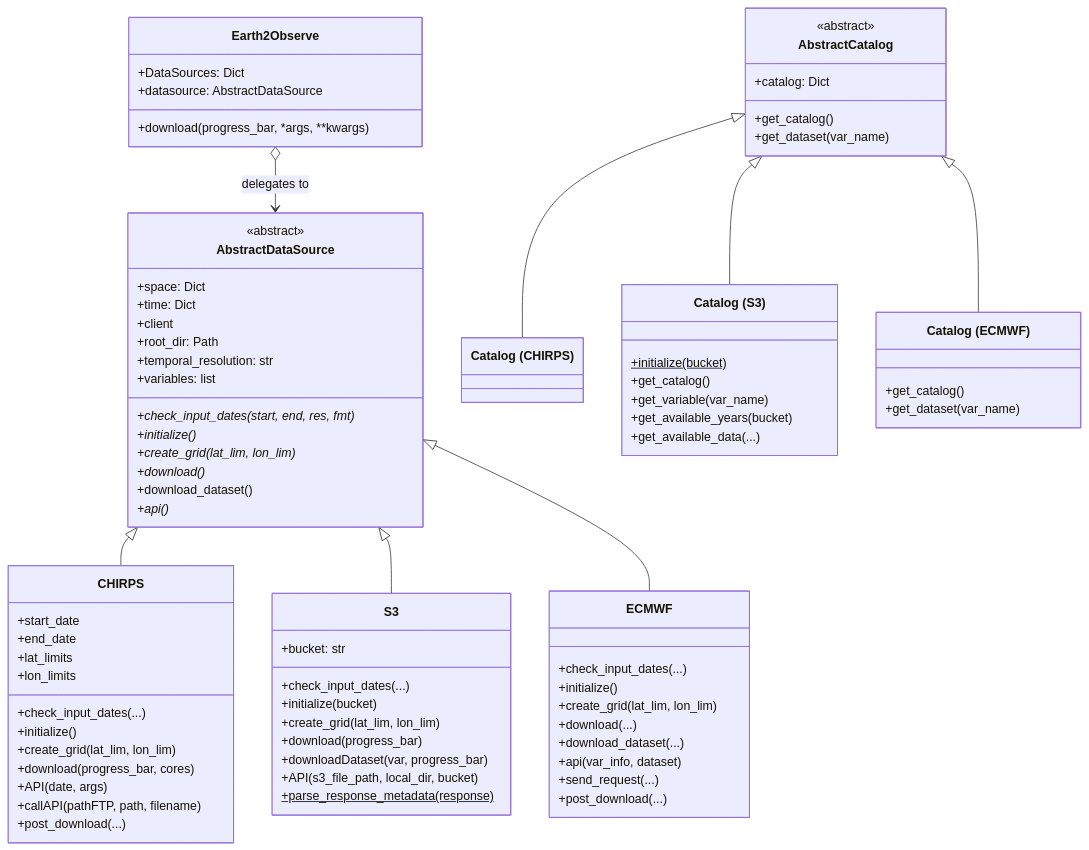
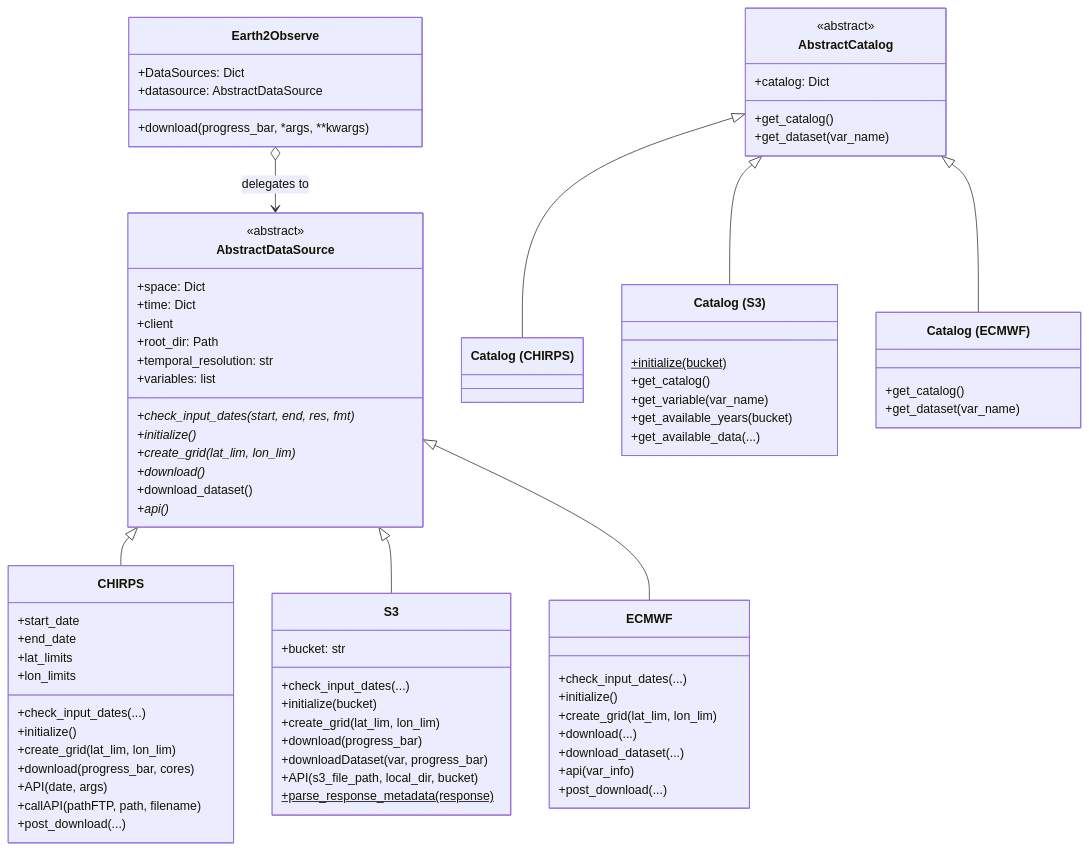
Before and after one commit to serapeum-org/earthly: the second of 5 diagrams in docs/overview/architecture.md, drawn with Mermaid. The commit also changed 2 other files, not shown here.

Commit message:
refactor(ecmwf): C2: delete dead send_request() static method
The pre-C1 api() called self.send_request(self.server) which in turn
called server.retrieve() with zero arguments — both broken. C1 inlined
self.client.retrieve(dataset, request, target) directly into api(),
making send_request unused. Removing it now that no one calls it.

- Delete ECMWF.send_request from src/earth2observe/ecmwf.py
- docs/overview/architecture.md: drop the +send_request(...) entry
  from the AbstractDataSource UML class diagram and update the
  api() signature to api(var_info) (per the C1 rewrite)
- planning/cdsapi/migration-plan.md: C2 → Closed

Tests still green: tests/test_ecmwf.py — 38 passed, 1 skipped.

Refs: planning/cdsapi/migration-plan.md (C2)

```diff
--- a/docs/overview/architecture.md
+++ b/docs/overview/architecture.md
@@ -81,8 +81,7 @@
         +create_grid(lat_lim, lon_lim)
         +download(...)
         +download_dataset(...)
-        +api(var_info, dataset)
-        +send_request(...)
+        +api(var_info)
         +post_download(...)
     }
 
```
